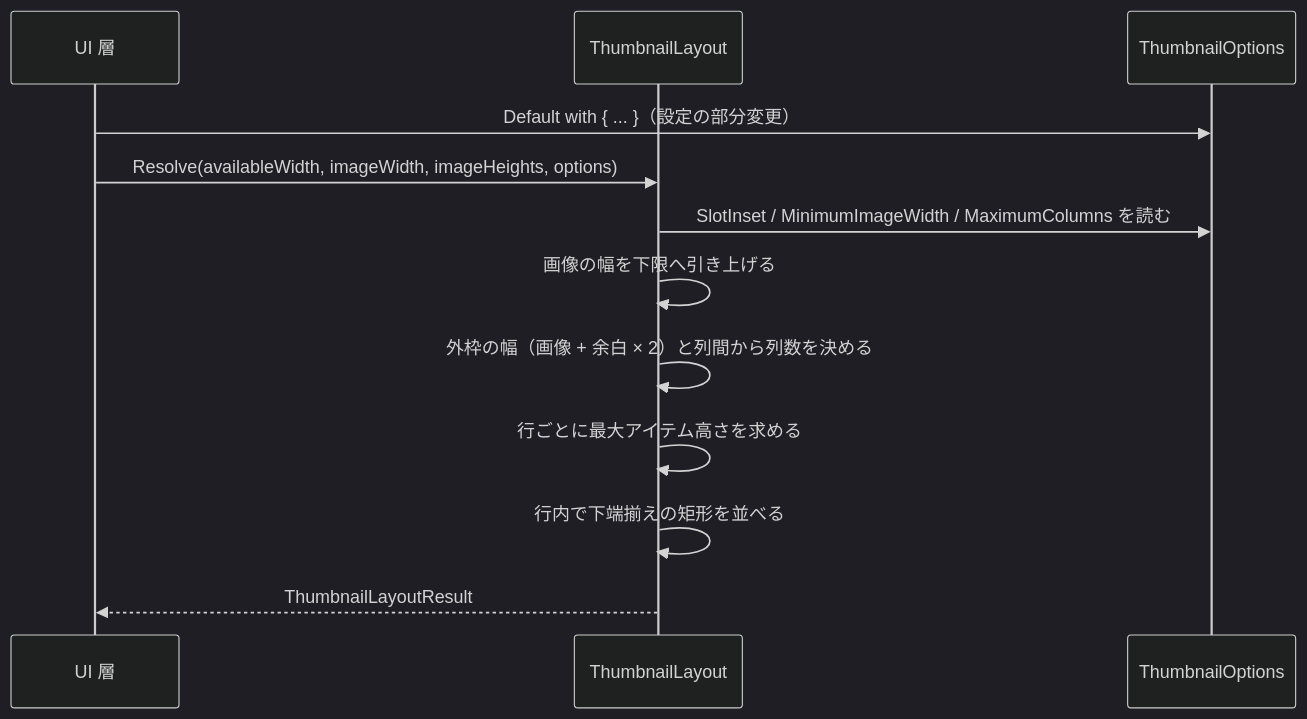
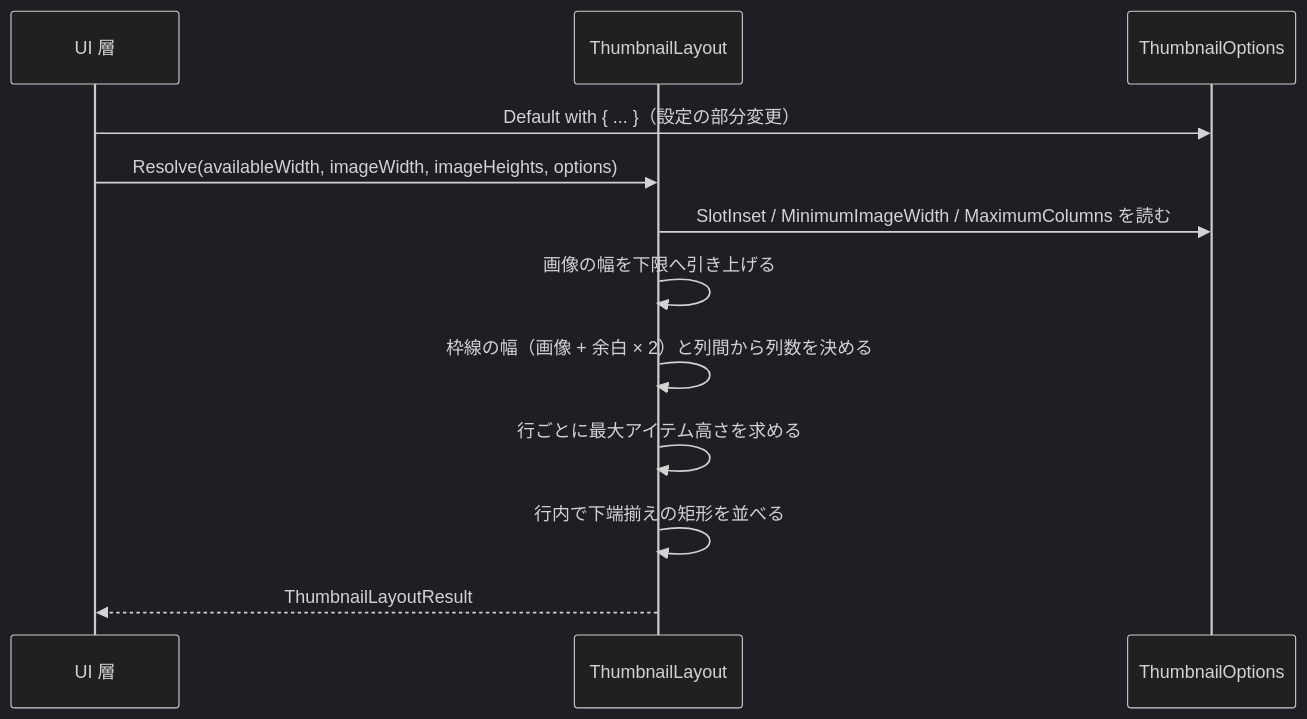
One commit to tomokuni/EsUtil changed the third of 3 diagrams in EsUtil/Feature.Thumbnail.Core/docs/SPEC_System.md. Above: the diagram before and after it, drawn with Mermaid (dark theme). The commit also changed other lines of this file and 109 other files, not shown here.

````diff
--- a/EsUtil/Feature.Thumbnail.Core/docs/SPEC_System.md
+++ b/EsUtil/Feature.Thumbnail.Core/docs/SPEC_System.md
@@ -157,15 +156,15 @@
 ```mermaid
 sequenceDiagram
     participant UI as UI 層
     participant Layout as ThumbnailLayout
     participant Options as ThumbnailOptions
 
     UI->>Options: Default with { ... }（設定の部分変更）
     UI->>Layout: Resolve(availableWidth, imageWidth, imageHeights, options)
     Layout->>Options: SlotInset / MinimumImageWidth / MaximumColumns を読む
     Layout->>Layout: 画像の幅を下限へ引き上げる
-    Layout->>Layout: 外枠の幅（画像 + 余白 × 2）と列間から列数を決める
+    Layout->>Layout: 枠線の幅（画像 + 余白 × 2）と列間から列数を決める
     Layout->>Layout: 行ごとに最大アイテム高さを求める
     Layout->>Layout: 行内で下端揃えの矩形を並べる
     Layout-->>UI: ThumbnailLayoutResult
 ```
````
